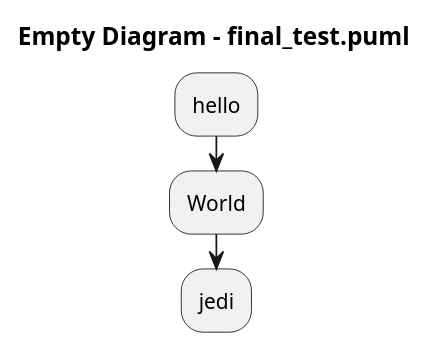
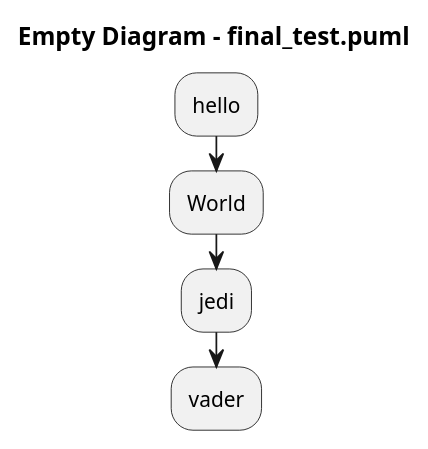
Before and after one commit to aberni-coder/PlantText-Testing---Public-2: the diagram in final_test.puml, drawn with PlantUML.

Commit message:
This commit was initiated from PlantText to edit the file final_test.puml only.

```diff
--- a/final_test.puml
+++ b/final_test.puml
@@ -1,7 +1,8 @@
 @startuml
 
 title Empty Diagram - final_test.puml
 :hello;
 :World;
 :jedi;
+:vader;
 @enduml
```
